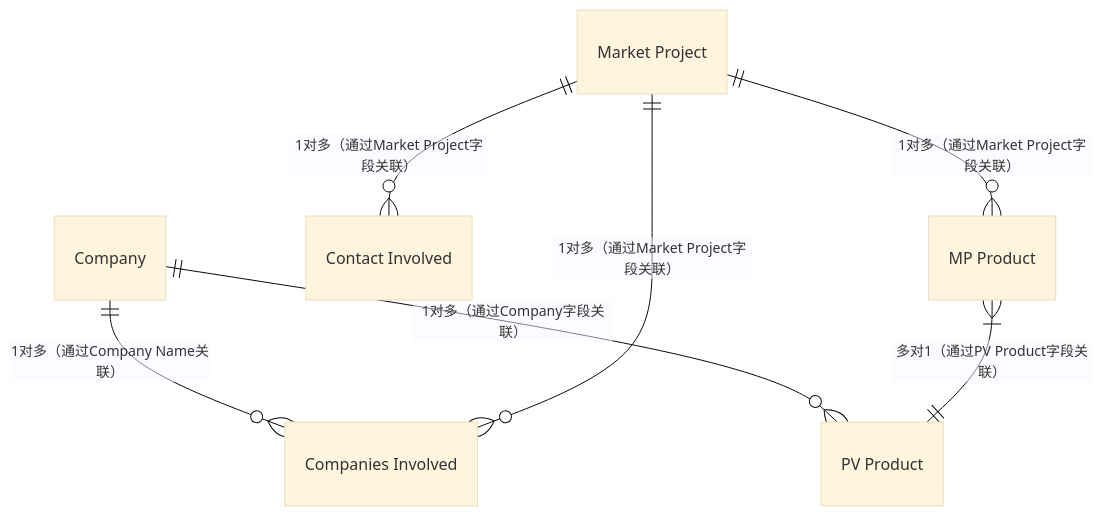
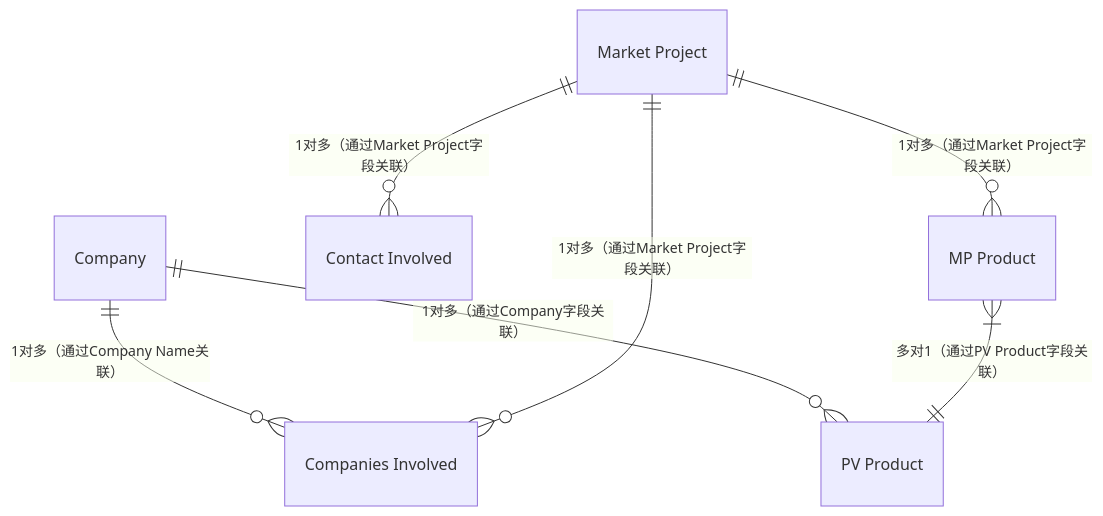
The diagram in all/Norden数据E-R图.md (zhangziru-33/iodraw-files), drawn with Mermaid before and after one commit.

Commit message:
2025-12-04 11:20:43 update

````diff
--- a/all/Norden数据E-R图.md
+++ b/all/Norden数据E-R图.md
@@ -1,10 +1,10 @@
 ```mermaid
-%%{init: {'theme': 'base', 'themeVariables': {'background': '#f5f5f5'}}}%%
+%%{init: {'theme': 'base', 'themeVariables': {'background': '#f'f'f'f'f'}}}%%
 erDiagram
     Company ||--o{ "Companies Involved" : "1对多（通过Company Name关联）"
     Company ||--o{ "PV Product" : "1对多（通过Company字段关联）"
     "Market Project" ||--o{ "Companies Involved" : "1对多（通过Market Project字段关联）"
     "Market Project" ||--o{ "Contact Involved" : "1对多（通过Market Project字段关联）"
     "Market Project" ||--o{ "MP Product" : "1对多（通过Market Project字段关联）"
     "MP Product" }|--|| "PV Product" : "多对1（通过PV Product字段关联）"
 ```
````
